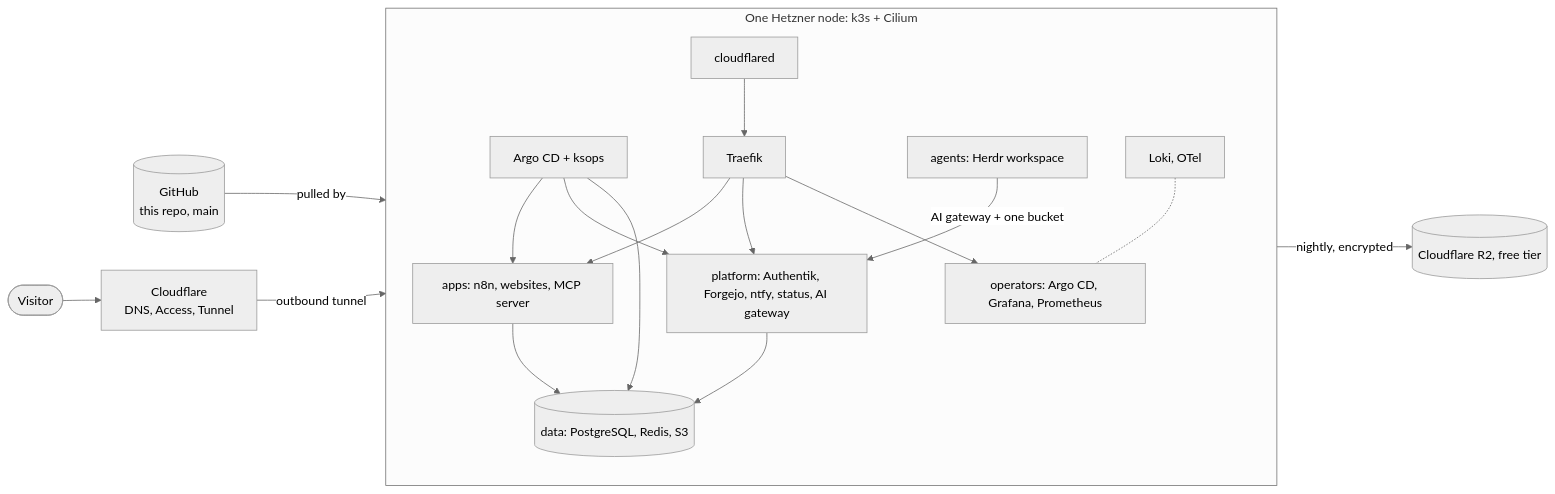
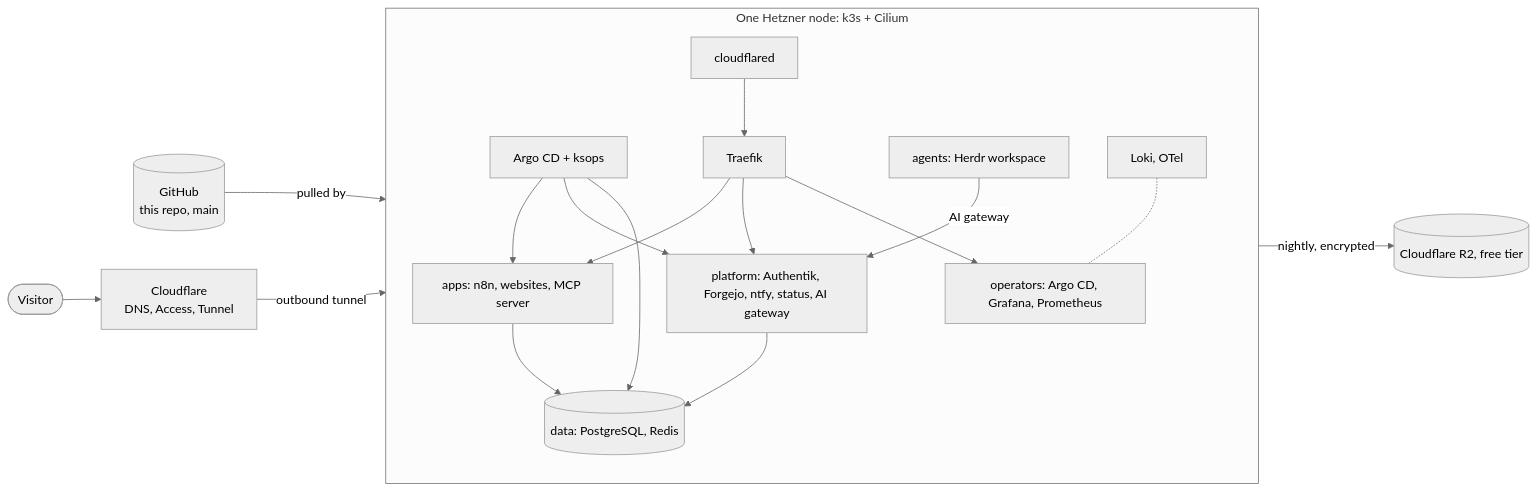
One commit to Max-imalgutaussehend/aevia changed the diagram in README.md. Above: the diagram before and after it, drawn with Mermaid (neutral theme). The commit also changed other lines of this file and 15 other files, not shown here.

````diff
--- a/README.md
+++ b/README.md
@@ -28,19 +28,19 @@
 ```mermaid
 flowchart LR
   user([Visitor]) --> cf[Cloudflare<br/>DNS, Access, Tunnel]
   gh[(GitHub<br/>this repo, main)] -->|pulled by| argo
   subgraph node[One Hetzner node: k3s + Cilium]
     direction TB
     cfd[cloudflared] --> traefik[Traefik]
     traefik --> apps[apps: n8n, websites, MCP server]
     traefik --> plat[platform: Authentik, Forgejo, ntfy, status, AI gateway]
     traefik --> ops[operators: Argo CD, Grafana, Prometheus]
-    apps --> data[(data: PostgreSQL, Redis, S3)]
+    apps --> data[(data: PostgreSQL, Redis)]
     plat --> data
-    agents[agents: Herdr workspace] -->|AI gateway + one bucket| plat
+    agents[agents: Herdr workspace] -->|AI gateway| plat
     argo[Argo CD + ksops] --> apps & plat & data
     obs[Loki, OTel] -.- ops
   end
   cf -->|outbound tunnel| cfd
   data -->|nightly, encrypted| bucket[(Cloudflare R2, free tier)]
 ```
````
